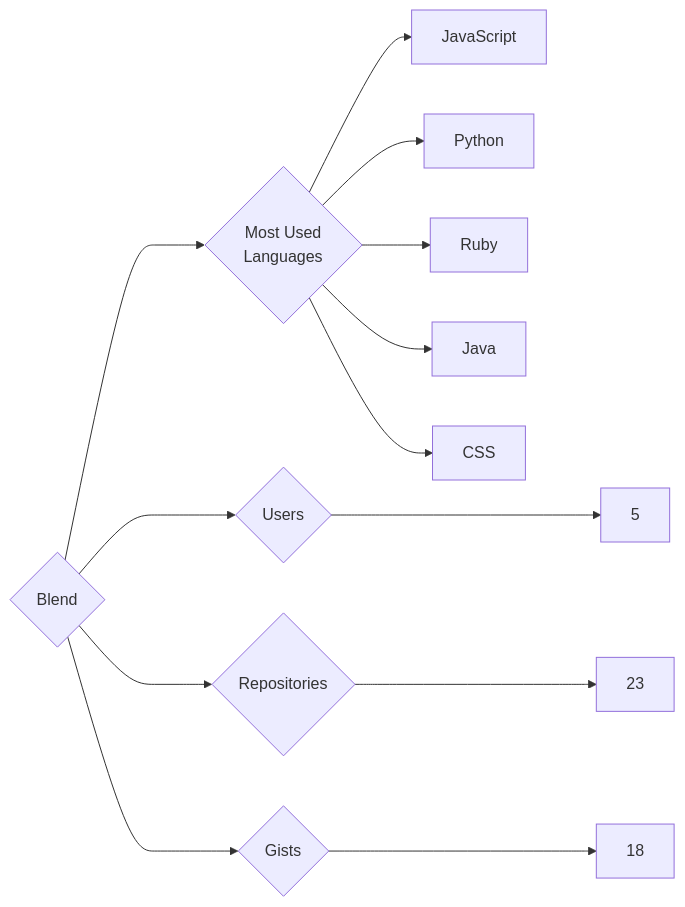
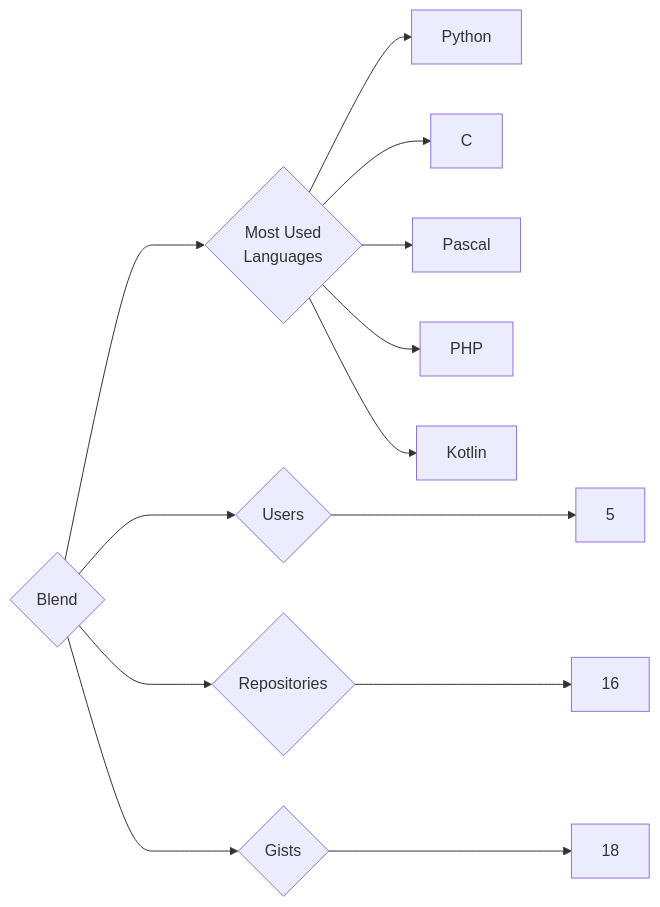
The diagram in targets/Blend/README.md (trickest/insiders), drawn with Mermaid before and after one commit. The commit also changed 953 other files, not shown here.

````diff
--- a/targets/Blend/README.md
+++ b/targets/Blend/README.md
@@ -3,13 +3,13 @@
 ```mermaid
 graph LR
 COMPANY_NAME{Blend}
 COMPANY_NAME ---> U{Users} ---> UN[5]
-COMPANY_NAME ---> R{Repositories} ---> RN[23]
+COMPANY_NAME ---> R{Repositories} ---> RN[16]
 COMPANY_NAME ---> G{Gists} ---> GN[18]
 COMPANY_NAME ---> ML{Most Used<br>Languages}
-ML --> JavaScript[JavaScript]
 ML --> Python[Python]
-ML --> Ruby[Ruby]
-ML --> Java[Java]
-ML --> CSS[CSS]
+ML --> C[C]
+ML --> Pascal[Pascal]
+ML --> PHP[PHP]
+ML --> Kotlin[Kotlin]
 ```
````
